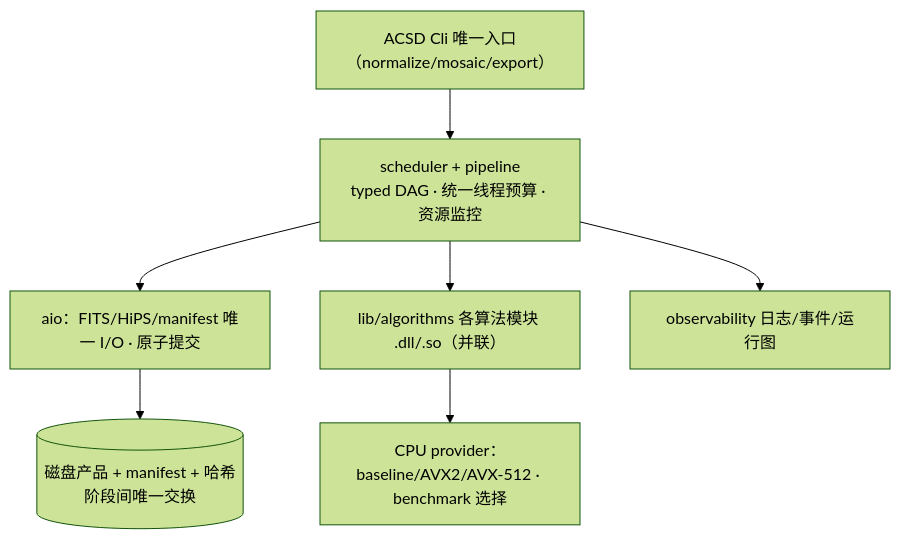
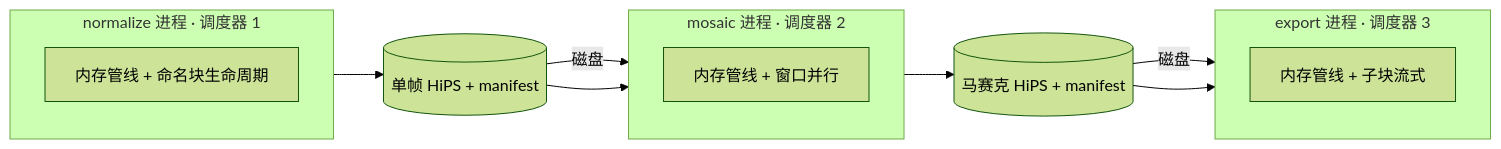
The ninth of 12 diagrams in ASTROCS_DESIGN.md (fujiaze/Astro-CS-Database), drawn with Mermaid (forest theme) before and after one commit. The commit also changed other lines of this file and 2 other files, not shown here.

````diff
--- a/ASTROCS_DESIGN.md
+++ b/ASTROCS_DESIGN.md
@@ -482,10 +445,15 @@
 ```mermaid
-flowchart TD
-    EXE["ACSD Cli 唯一入口（normalize/mosaic/export）"]
-    EXE --> RT["scheduler + pipeline<br/>typed DAG · 统一线程预算 · 资源监控"]
-    RT --> AIO["aio：FITS/HiPS/manifest 唯一 I/O · 原子提交"]
-    RT --> ALG["lib/algorithms 各算法模块 .dll/.so（并联）"]
-    ALG --> CPU["CPU provider：baseline/AVX2/AVX-512 · benchmark 选择"]
-    AIO --> DISK[("磁盘产品 + manifest + 哈希<br/>阶段间唯一交换")]
-    RT --> OBS["observability 日志/事件/运行图"]
+flowchart LR
+    subgraph P1["normalize 进程 · 调度器 1"]
+        A1["内存管线 + 命名块生命周期"]
+    end
+    H1[("单帧 HiPS + manifest")] -->|磁盘| P2
+    subgraph P2["mosaic 进程 · 调度器 2"]
+        A2["内存管线 + 窗口并行"]
+    end
+    H2[("马赛克 HiPS + manifest")] -->|磁盘| P3
+    subgraph P3["export 进程 · 调度器 3"]
+        A3["内存管线 + 子块流式"]
+    end
+    P1 --> H1 --> P2 --> H2 --> P3
 ```
````
